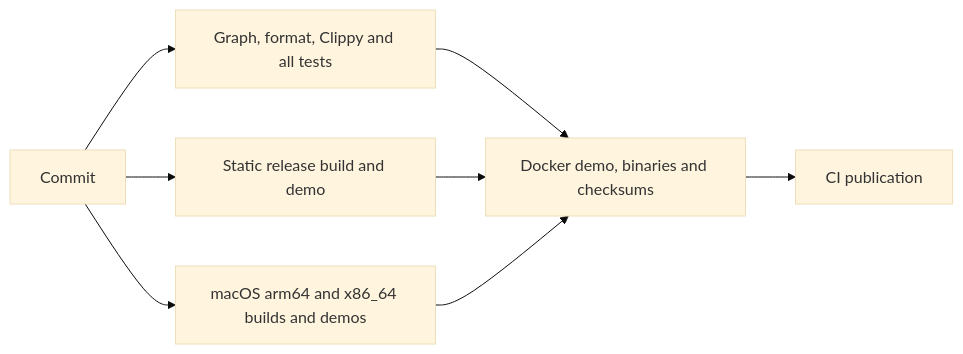
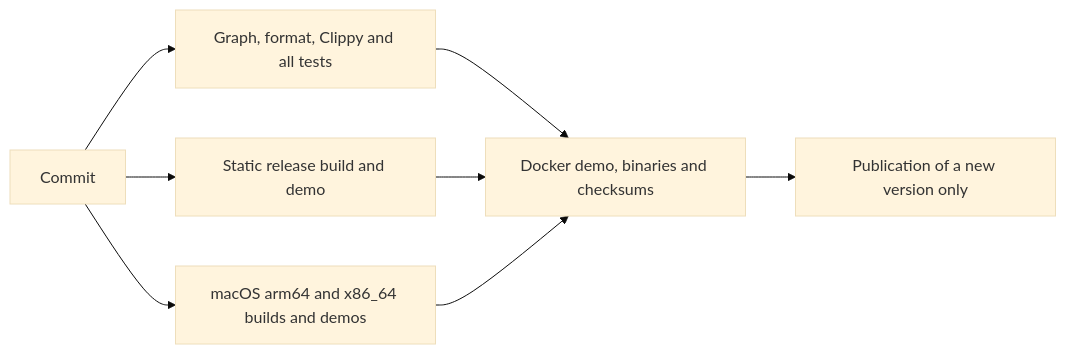
Before and after one commit to alecerf/mynou: the diagram in docs/ci.md, drawn with Mermaid (base theme). The commit also changed other lines of this file and 57 other files, not shown here.

````diff
--- a/docs/ci.md
+++ b/docs/ci.md
@@ -10,10 +10,10 @@
 ```mermaid
 flowchart LR
     Commit --> Validate[Graph, format, Clippy and all tests]
     Commit --> Static[Static release build and demo]
     Commit --> Mac[macOS arm64 and x86_64 builds and demos]
     Validate --> Package[Docker demo, binaries and checksums]
     Static --> Package
     Mac --> Package
-    Package --> Release[CI publication]
+    Package --> Release[Publication of a new version only]
 ```
````
